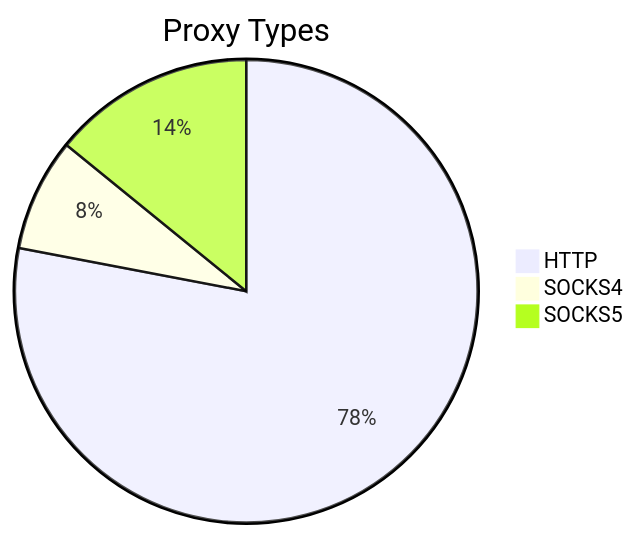
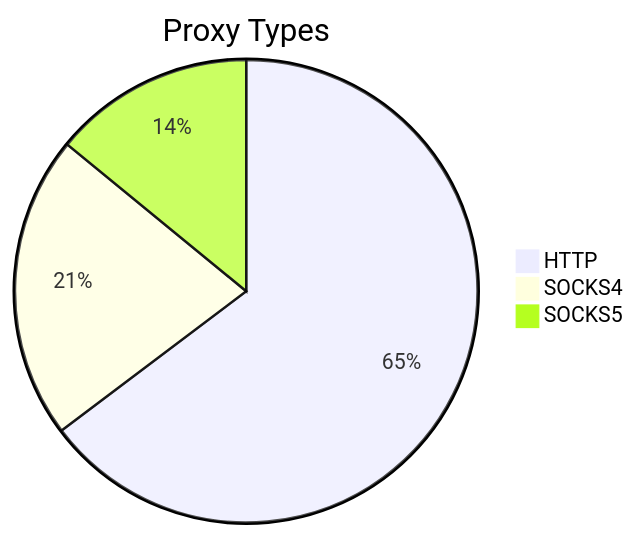
The first of 2 diagrams in README.md (stormsia/proxy-list), drawn with Mermaid before and after one commit. The commit also changed other lines of this file, not shown here.

````diff
--- a/README.md
+++ b/README.md
@@ -21,6 +21,6 @@
 ```mermaid
 pie title Proxy Types
-    "HTTP" : 287
-    "SOCKS4" : 29
-    "SOCKS5" : 52
+    "HTTP" : 299
+    "SOCKS4" : 98
+    "SOCKS5" : 65
 ```
````
